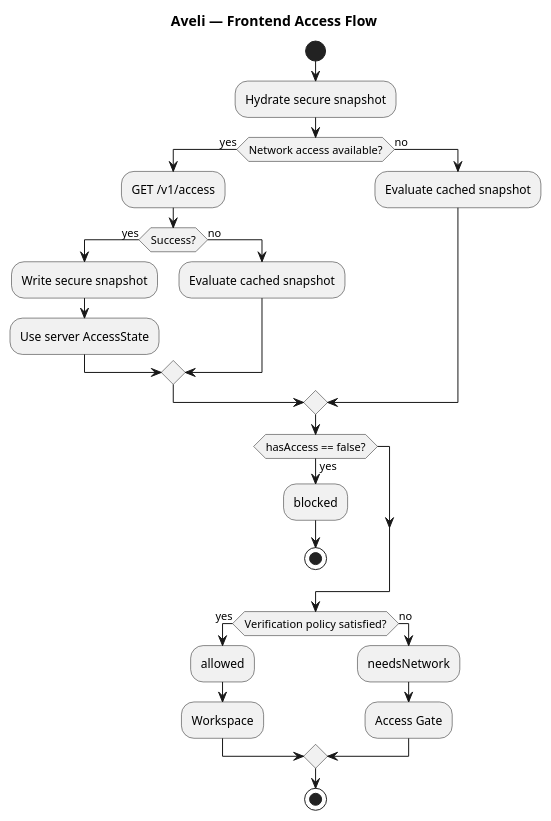
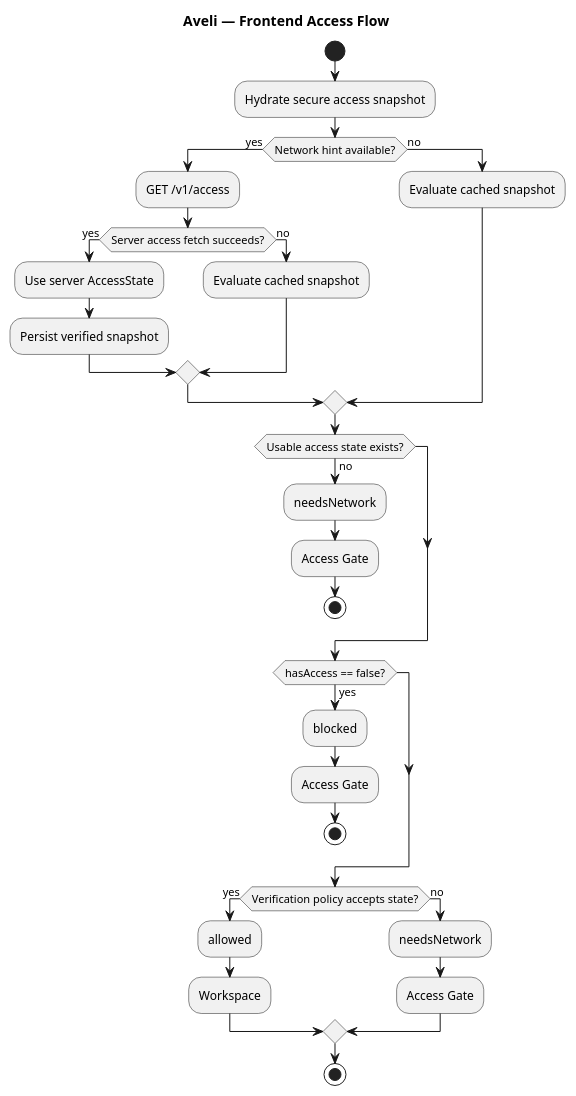
Before and after one commit to branch-danya-dev/aveli-system-analysis: the diagram in frontend/access/access-flow.puml, drawn with PlantUML. The commit also changed 54 other files, not shown here.

```diff
--- a/frontend/access/access-flow.puml
+++ b/frontend/access/access-flow.puml
@@ -1,30 +1,40 @@
 @startuml
 title Aveli — Frontend Access Flow
+
 start
-:Hydrate secure snapshot;
-if (Network access available?) then (yes)
+:Hydrate secure access snapshot;
+
+if (Network hint available?) then (yes)
   :GET /v1/access;
-  if (Success?) then (yes)
-    :Write secure snapshot;
+  if (Server access fetch succeeds?) then (yes)
     :Use server AccessState;
+    :Persist verified snapshot;
   else (no)
     :Evaluate cached snapshot;
   endif
 else (no)
   :Evaluate cached snapshot;
 endif
 
-if (hasAccess == false?) then (yes)
-  :blocked;
+if (Usable access state exists?) then (no)
+  :needsNetwork;
+  :Access Gate;
   stop
 endif
 
-if (Verification policy satisfied?) then (yes)
+if (hasAccess == false?) then (yes)
+  :blocked;
+  :Access Gate;
+  stop
+endif
+
+if (Verification policy accepts state?) then (yes)
   :allowed;
   :Workspace;
 else (no)
   :needsNetwork;
   :Access Gate;
 endif
+
 stop
 @enduml
```
